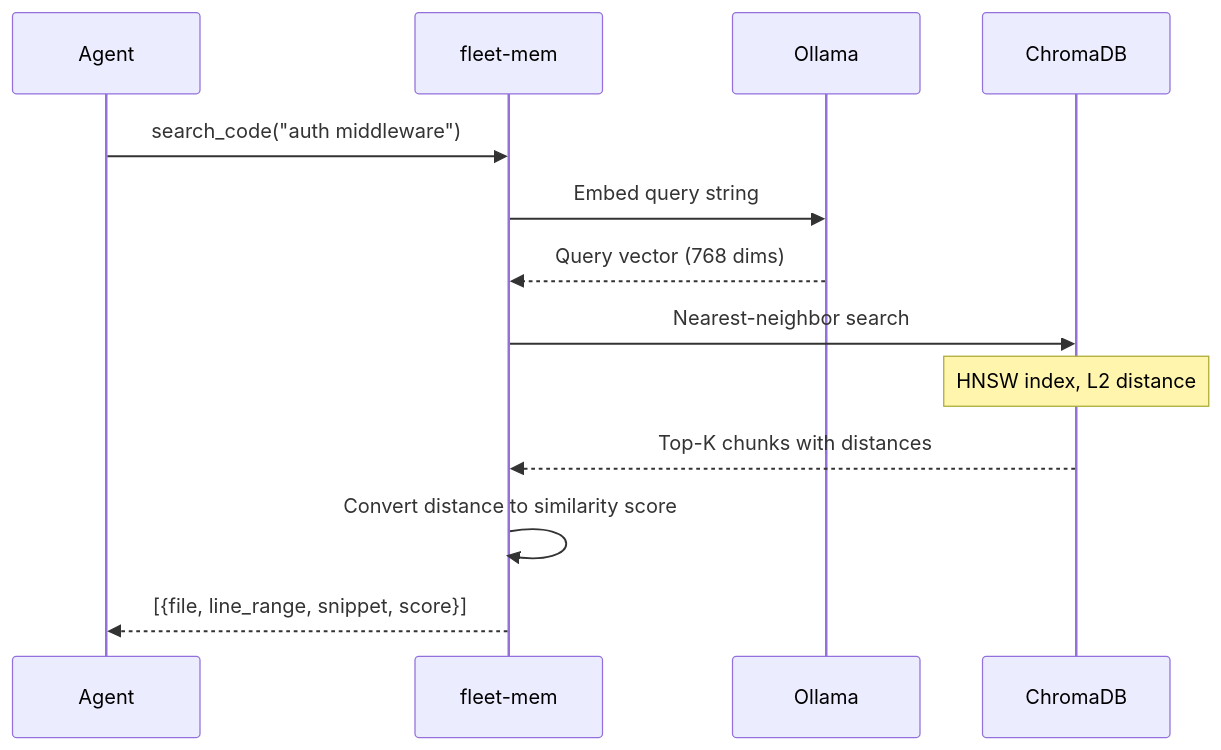
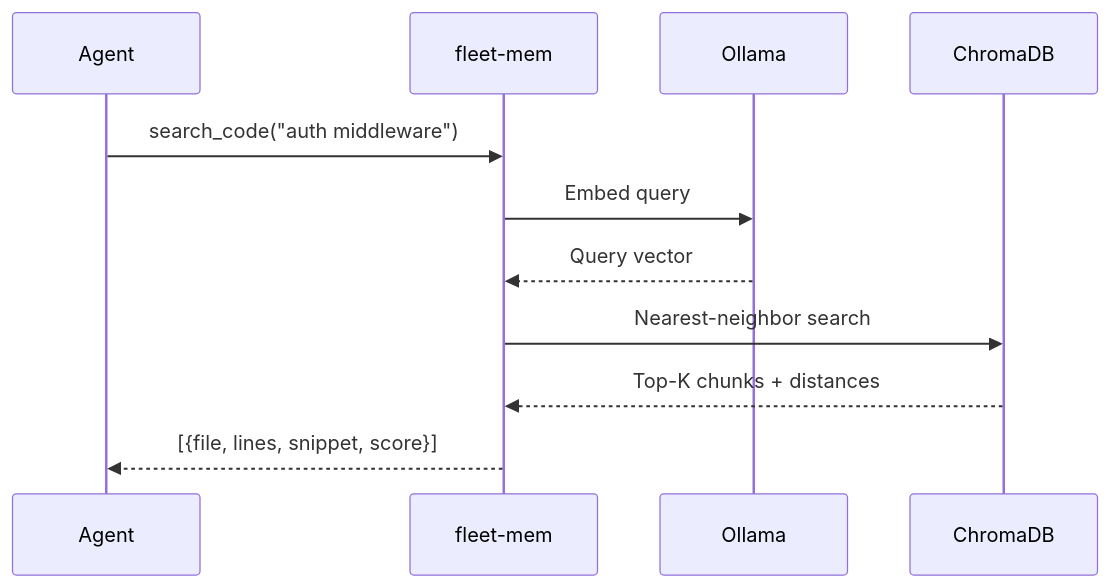
The third of 6 diagrams in README.md (sam-ent/fleet-mem), drawn with Mermaid before and after one commit. The commit also changed other lines of this file, not shown here.

Commit message:
docs: fix process flows - remove details blocks, promote to h2, simplify

````diff
--- a/README.md
+++ b/README.md
@@ -151,16 +141,14 @@
 ```mermaid
 sequenceDiagram
     participant A as Agent
     participant FM as fleet-mem
     participant OL as Ollama
     participant C as ChromaDB
 
     A->>FM: search_code("auth middleware")
-    FM->>OL: Embed query string
-    OL-->>FM: Query vector (768 dims)
+    FM->>OL: Embed query
+    OL-->>FM: Query vector
     FM->>C: Nearest-neighbor search
-    Note over C: HNSW index, L2 distance
-    C-->>FM: Top-K chunks with distances
-    FM->>FM: Convert distance to similarity score
-    FM-->>A: [{file, line_range, snippet, score}]
+    C-->>FM: Top-K chunks + distances
+    FM-->>A: [{file, lines, snippet, score}]
 ```
````
